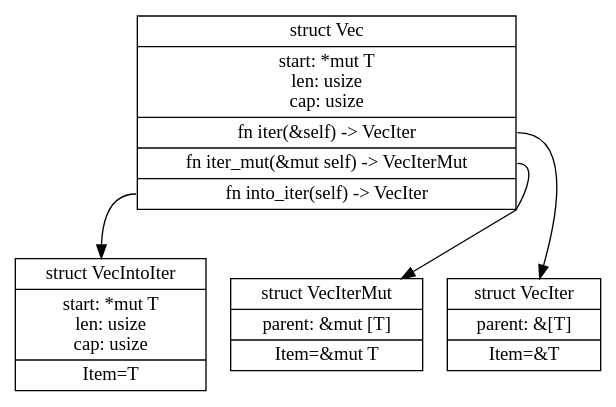
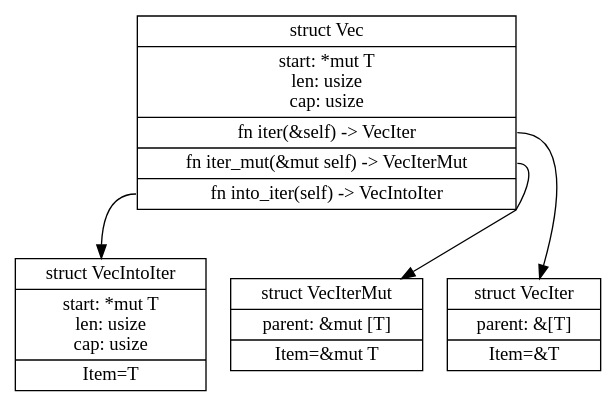
Before and after one commit to ferrous-systems/rust-training: the diagram in training-slides/src/iterators.md, drawn with Graphviz.

Commit message:
Update iterators.md
fix a typo in the diagram of Three kinds of Iterator

````diff
--- a/training-slides/src/iterators.md
+++ b/training-slides/src/iterators.md
@@ -103,13 +103,13 @@
 ```dot process
 digraph {
     node [shape=record];
-    Vec[label="{struct Vec|start: *mut T\nlen: usize\ncap: usize|<i>fn iter(&self) -\> VecIter|<im>fn iter_mut(&mut self) -\> VecIterMut|<ii> fn into_iter(self) -\> VecIter}"];
+    Vec[label="{struct Vec|start: *mut T\nlen: usize\ncap: usize|<i>fn iter(&self) -\> VecIter|<im>fn iter_mut(&mut self) -\> VecIterMut|<ii> fn into_iter(self) -\> VecIntoIter}"];
     VecIntoIter[label="{struct VecIntoIter|start: *mut T\nlen: usize\ncap: usize|Item=T}"];
     VecIterMut[label="{struct VecIterMut|parent: &mut [T]|Item=&mut T}"];
     VecIter[label="{struct VecIter|parent: &[T]|Item=&T}"];
 
     Vec:ii -> VecIntoIter;
     Vec:im -> VecIterMut;
     Vec:i -> VecIter;
 }
 ```
````
